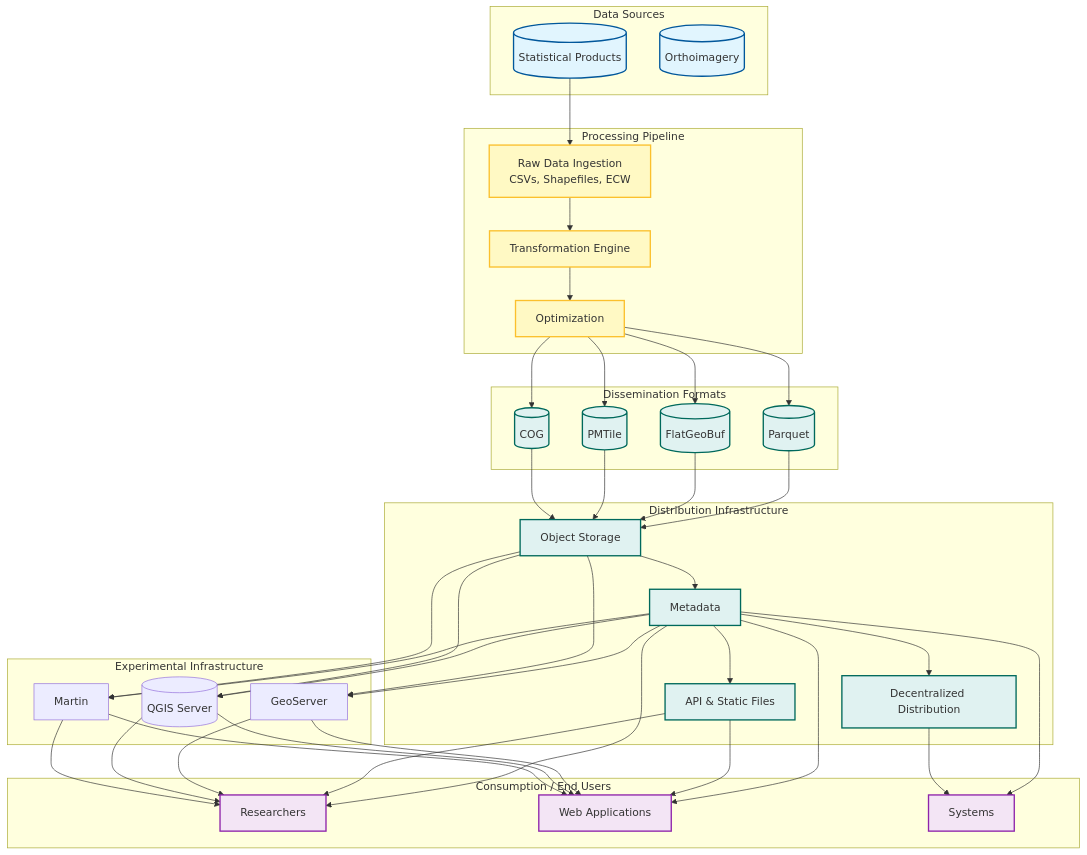
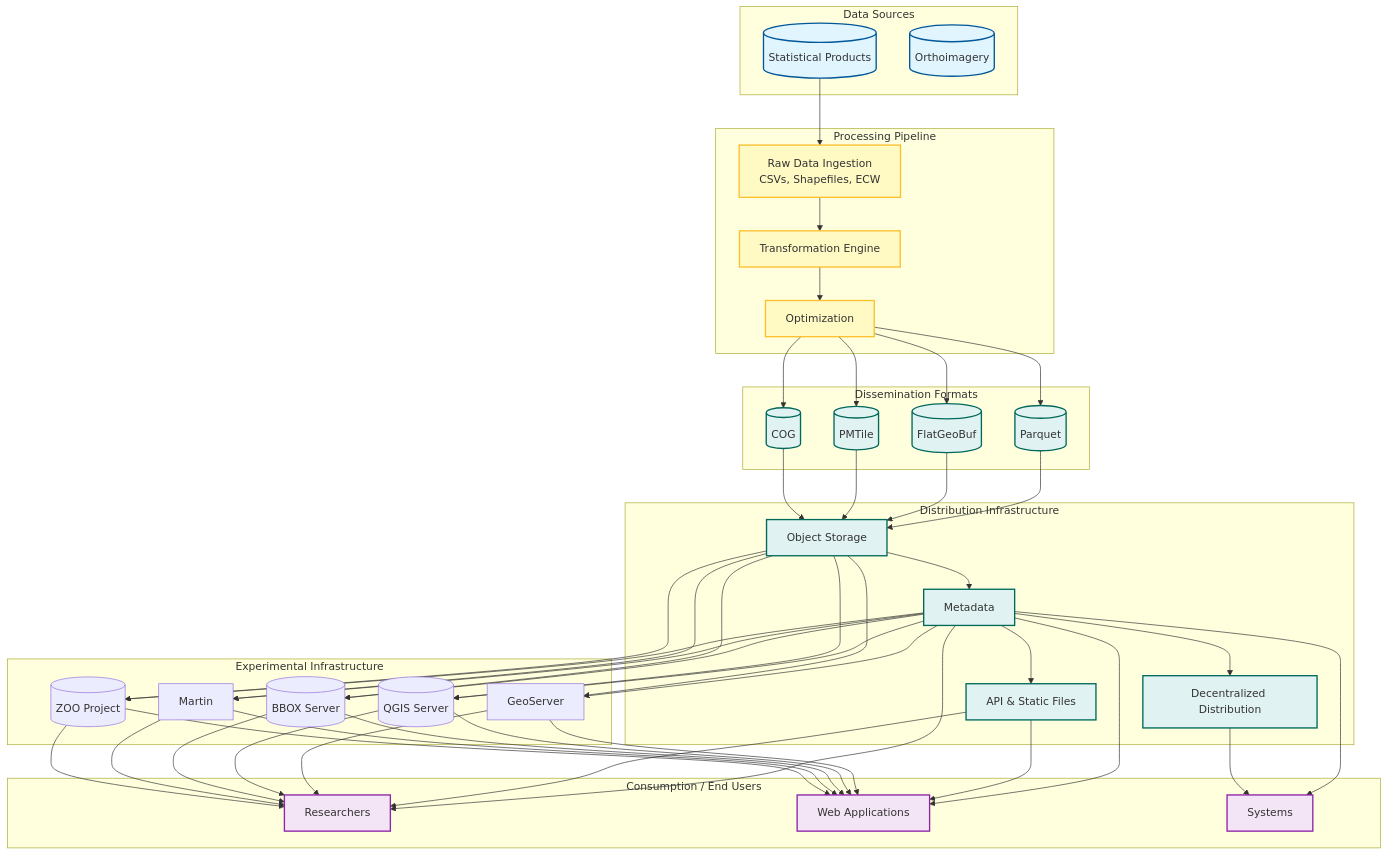
Before and after one commit to dataforcanada/www.dataforcanada.org: the diagram in content/_index.md, drawn with Mermaid.

Commit message:
Added additional software to experimental infrastructure

````diff
--- a/content/_index.md
+++ b/content/_index.md
@@ -57,6 +57,8 @@
         GeoServer
         QGISServer[("QGIS Server")]
         Martin
+        ZOOProject[("ZOO Project")]
+        BBOXServer[("BBOX Server")]
     end
 
     subgraph "Consumption / End Users"
@@ -82,7 +84,9 @@
     Metadata --> Serverless
     Metadata --> GeoServer
     Metadata --> QGISServer
+    Metadata --> BBOXServer
     Metadata --> Martin
+    Metadata --> ZOOProject
     Metadata --> DataSci
     Metadata --> WebApps
     Metadata --> Systems
@@ -91,13 +95,21 @@
     Serverless --> DataSci
     ObjectStorage --> GeoServer
     ObjectStorage --> QGISServer
+    ObjectStorage --> BBOXServer
     ObjectStorage --> Martin
+    ObjectStorage --> ZOOProject
+
     GeoServer --> WebApps
     QGISServer --> WebApps
+    BBOXServer --> WebApps
     Martin --> WebApps
+    ZOOProject --> WebApps
+
     GeoServer --> DataSci
     QGISServer --> DataSci
+    BBOXServer --> DataSci
     Martin --> DataSci
+    ZOOProject --> DataSci
 
     click Parquet "https://github.com/apache/parquet-format" _blank
     click FlatGeoBuf "https://flatgeobuf.org" _blank
@@ -109,4 +121,6 @@
     click Martin "https://martin.maplibre.org/" _blank
     click GeoServer "https://geoserver.org/" _blank
     click COG "https://cogeo.org/" _blank
+    click ZOOProject "https://zoo-project.org/" _blank
+    click BBOXServer "https://www.bbox.earth/" _blank
 ```
````
